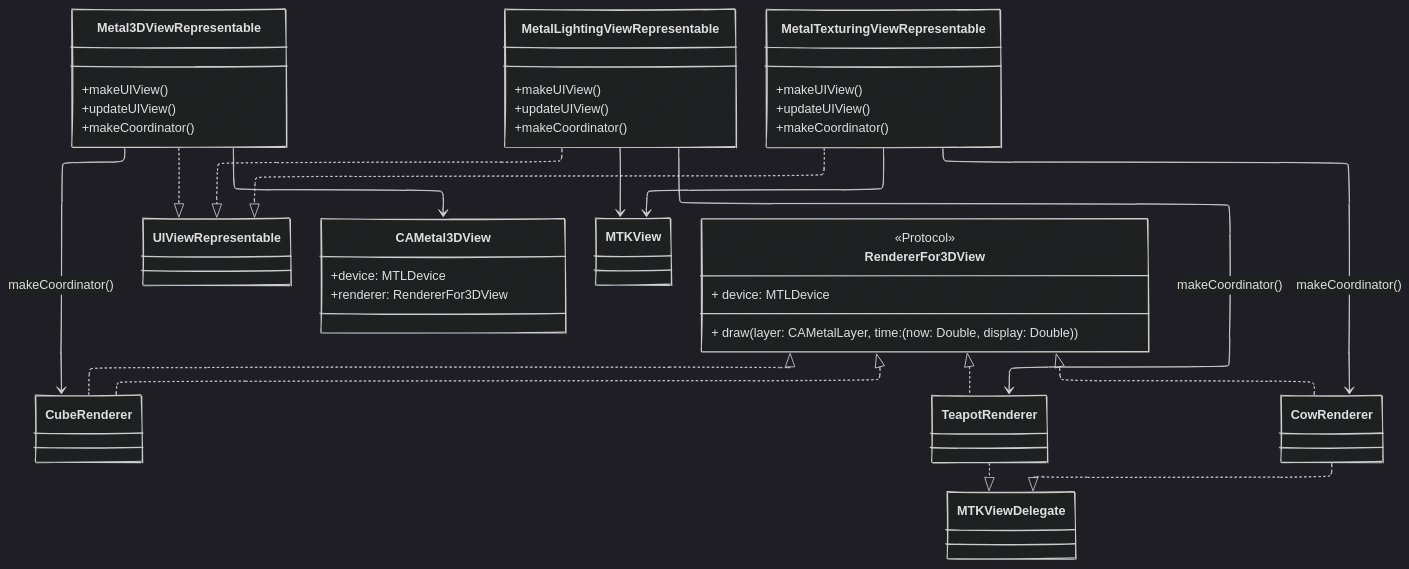
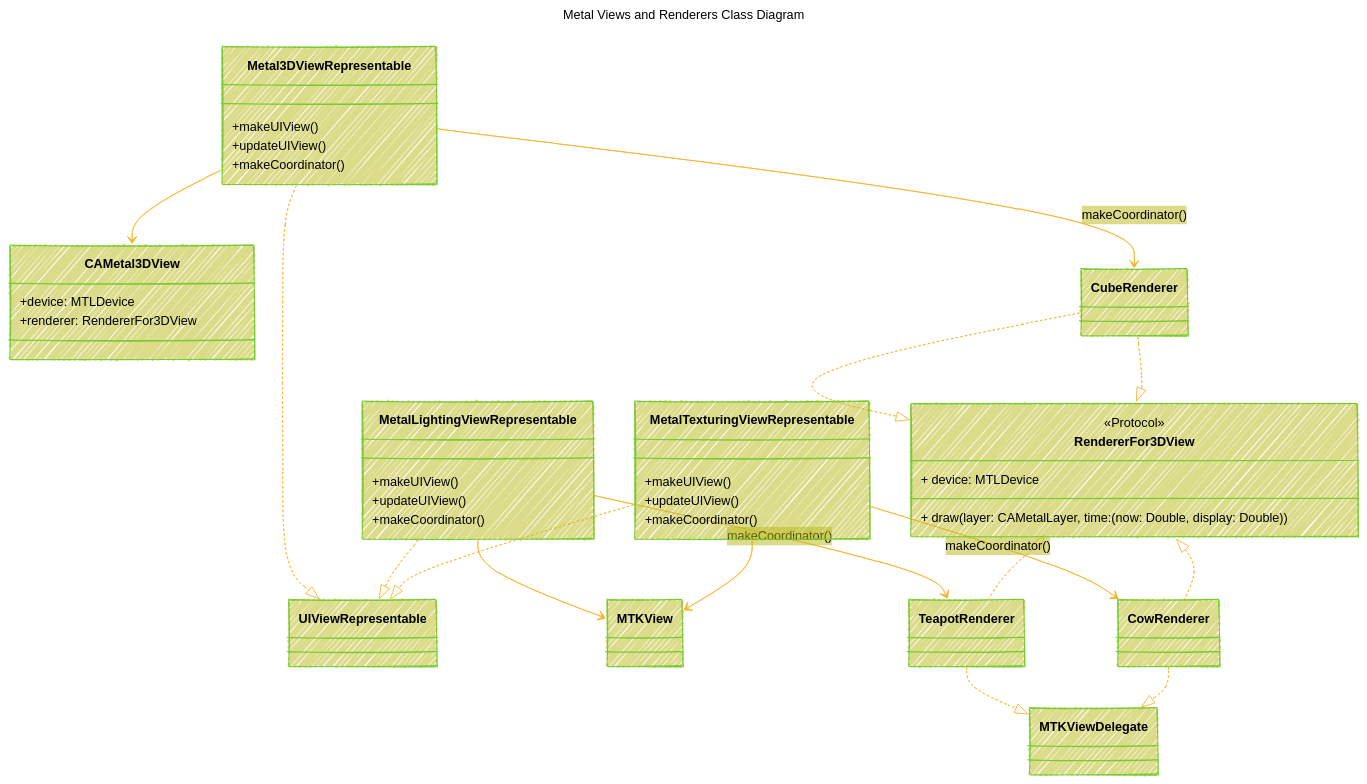
Before and after one commit to CongLeSolutionX/Metal-Primitives: the third of 4 diagrams in README.md, drawn with Mermaid. The commit also changed other lines of this file, not shown here.

````diff
--- a/README.md
+++ b/README.md
@@ -210,59 +270,77 @@
 ```mermaid
 ---
+title: "Metal Views and Renderers Class Diagram"
+author: "Cong Le"
+version: "1.0"
+license(s): "MIT, CC BY 4.0"
+copyright: "Copyright (c) 2025 Cong Le. All Rights Reserved."
 config:
-  layout: elk
   look: handDrawn
-  theme: dark
+  theme: base
 ---
+%%%%%%%% Mermaid version v11.4.1-b.14
+%%{
+  init: {
+    'classDiagram': { 'htmlLabels': false},
+    'fontFamily': 'Monospace',
+    'themeVariables': {
+      'primaryColor': '#BB28',
+      'primaryTextColor': '#000',
+      'lineColor': '#F8B229',
+      'primaryBorderColor': '#7C3',
+      'secondaryColor': '#DD15'
+    }
+  }
+}%%
 classDiagram
     %% SwiftUI Representable Views
     class Metal3DViewRepresentable {
         +makeUIView()
         +updateUIView()
         +makeCoordinator()
     }
     class MetalLightingViewRepresentable {
         +makeUIView()
         +updateUIView()
         +makeCoordinator()
     }
     class MetalTexturingViewRepresentable {
         +makeUIView()
         +updateUIView()
         +makeCoordinator()
     }
 
     Metal3DViewRepresentable ..|> UIViewRepresentable
     MetalLightingViewRepresentable ..|> UIViewRepresentable
     MetalTexturingViewRepresentable ..|> UIViewRepresentable
 
     %% Underlying Metal Views
     class CAMetal3DView {
         +device: MTLDevice
         +renderer: RendererFor3DView
     }
     class MTKView
 
     Metal3DViewRepresentable --> CAMetal3DView
     MetalLightingViewRepresentable --> MTKView
     MetalTexturingViewRepresentable --> MTKView
 
     %% Coordinators (Renderers)
     Metal3DViewRepresentable --> CubeRenderer : makeCoordinator()
     MetalLightingViewRepresentable --> TeapotRenderer : makeCoordinator()
     MetalTexturingViewRepresentable --> CowRenderer : makeCoordinator()
 
     %% Renderers
     class RendererFor3DView {
         <<Protocol>>
         + device: MTLDevice
         + draw(layer: CAMetalLayer, time: (now: Double, display: Double))
     }
     RendererFor3DView <|.. CubeRenderer
     RendererFor3DView <|.. TeapotRenderer
     RendererFor3DView <|.. CowRenderer
 
     CubeRenderer ..|> RendererFor3DView
     TeapotRenderer ..|> MTKViewDelegate
     CowRenderer ..|> MTKViewDelegate
 ```
````
